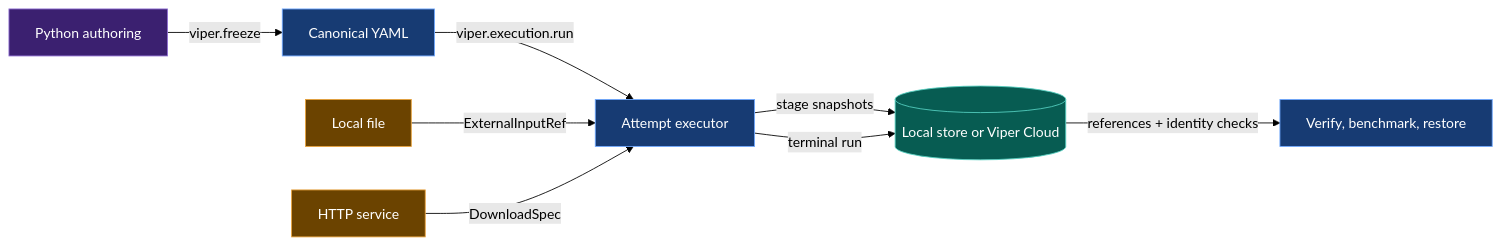
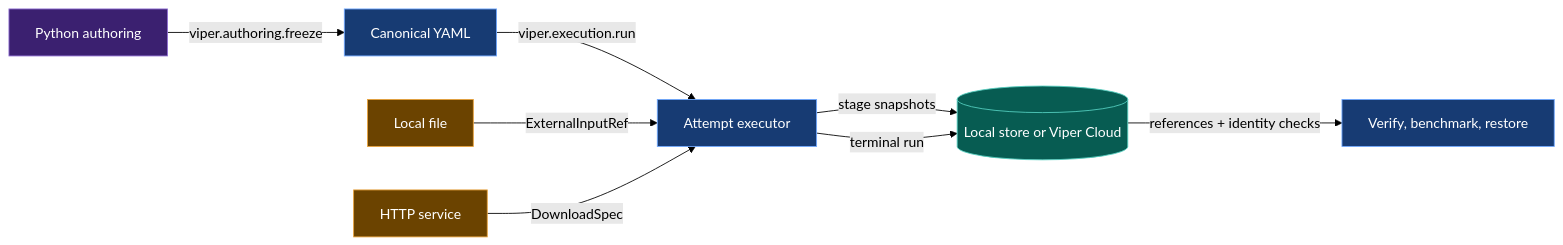
Before and after one commit to pvd232/viper: the diagram in docs/development/master-execution-checklist.md, drawn with Mermaid (forest theme). The commit also changed other lines of this file and 10 other files, not shown here.

````diff
--- a/docs/development/master-execution-checklist.md
+++ b/docs/development/master-execution-checklist.md
@@ -177,20 +179,20 @@
 ```mermaid
 flowchart LR
-    Author["Python authoring"] -->|"viper.freeze"| Frozen["Canonical YAML"]
+    Author["Python authoring"] -->|"viper.authoring.freeze"| Frozen["Canonical YAML"]
     Frozen -->|"viper.execution.run"| Runner["Attempt executor"]
     Local["Local file"] -->|"ExternalInputRef"| Runner
     HTTP["HTTP service"] -->|"DownloadSpec"| Runner
     Runner -->|"stage snapshots"| Storage[("Local store or Viper Cloud")]
     Runner -->|"terminal run"| Storage
     Storage -->|"references + identity checks"| Verify["Verify, benchmark, restore"]
 
     classDef author fill:#3b2070,color:#fff,stroke:#8d6bd1
     classDef evidence fill:#173b73,color:#fff,stroke:#6fa8ff
     classDef external fill:#6b4300,color:#fff,stroke:#e9a23b
     classDef store fill:#075c52,color:#fff,stroke:#55cfc0
 
     class Author author
     class Frozen,Runner,Verify evidence
     class Local,HTTP external
     class Storage store
 ```
````
